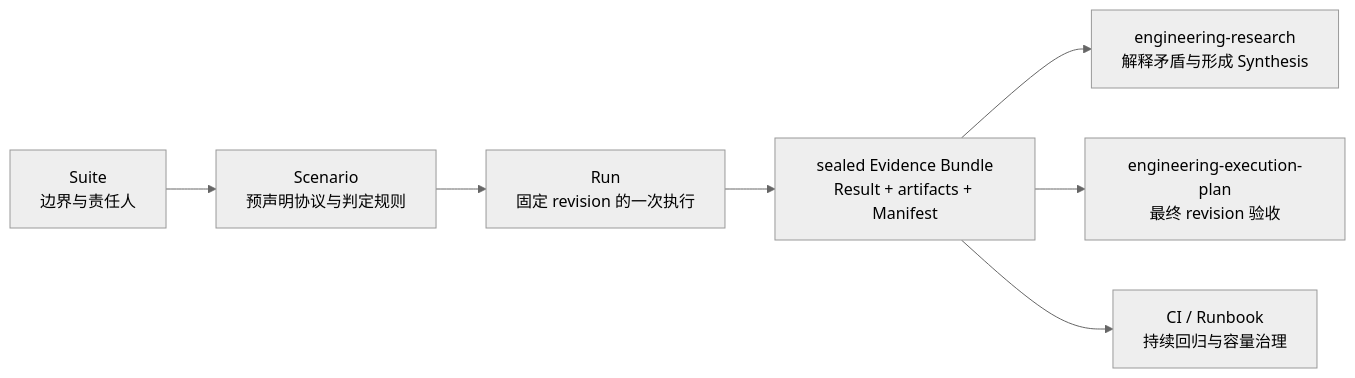
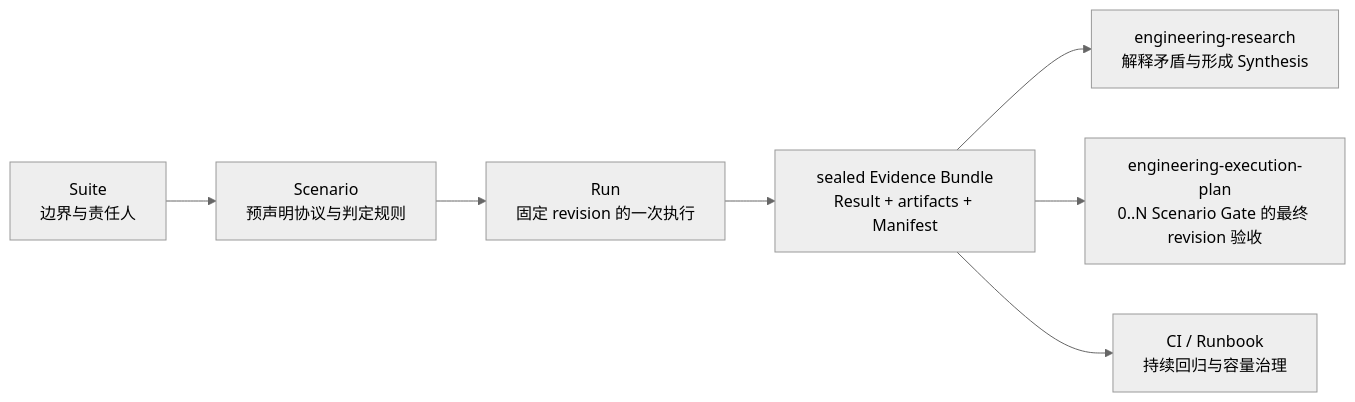
One commit to XiaoWeiKIN/RepoFoundryAI changed the diagram in engineering-benchmark/SKILL.md. Above: the diagram before and after it, drawn with Mermaid (neutral theme). The commit also changed other lines of this file and 19 other files, not shown here.

````diff
--- a/engineering-benchmark/SKILL.md
+++ b/engineering-benchmark/SKILL.md
@@ -12,9 +12,9 @@
 ```mermaid
 flowchart LR
     S["Suite<br/>边界与责任人"] --> C["Scenario<br/>预声明协议与判定规则"]
     C --> R["Run<br/>固定 revision 的一次执行"]
     R --> E["sealed Evidence Bundle<br/>Result + artifacts + Manifest"]
     E --> Q["engineering-research<br/>解释矛盾与形成 Synthesis"]
-    E --> P["engineering-execution-plan<br/>最终 revision 验收"]
+    E --> P["engineering-execution-plan<br/>0..N Scenario Gate 的最终 revision 验收"]
     E --> O["CI / Runbook<br/>持续回归与容量治理"]
 ```
````
